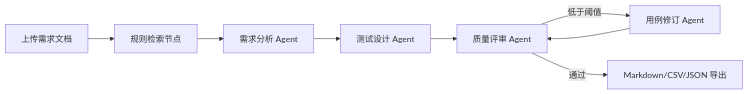
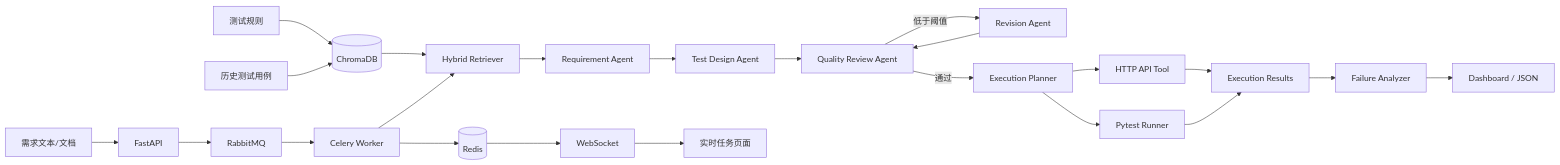
One commit to xingqianyue268-alt/req2test-agent changed the diagram in docs/architecture.md. Above: the diagram before and after it, drawn with Mermaid. The commit also changed other lines of this file and 33 other files, not shown here.

First line of the commit message:
feat: upgrade Req2Test into an AI test execution platform

````diff
--- a/docs/architecture.md
+++ b/docs/architecture.md
@@ -5,10 +9,29 @@
 ```mermaid
 flowchart LR
-    A[上传需求文档] --> B[规则检索节点]
-    B --> C[需求分析 Agent]
-    C --> D[测试设计 Agent]
-    D --> E[质量评审 Agent]
-    E -->|低于阈值| F[用例修订 Agent]
-    F --> E
-    E -->|通过| G[Markdown/CSV/JSON 导出]
+    U[需求文本/文档] --> API[FastAPI]
+    API --> MQ[RabbitMQ]
+    MQ --> W[Celery Worker]
+
+    Rules[测试规则] --> VDB[(ChromaDB)]
+    Cases[历史测试用例] --> VDB
+    VDB --> RAG[Hybrid Retriever]
+
+    W --> RAG
+    RAG --> A[Requirement Agent]
+    A --> D[Test Design Agent]
+    D --> R[Quality Review Agent]
+    R -->|低于阈值| RV[Revision Agent]
+    RV --> R
+
+    R -->|通过| P[Execution Planner]
+    P --> HT[HTTP API Tool]
+    P --> PT[Pytest Runner]
+    HT --> ER[Execution Results]
+    PT --> ER
+    ER --> FA[Failure Analyzer]
+    FA --> OUT[Dashboard / JSON]
+
+    W --> Redis[(Redis)]
+    Redis --> WS[WebSocket]
+    WS --> UI[实时任务页面]
 ```
````
